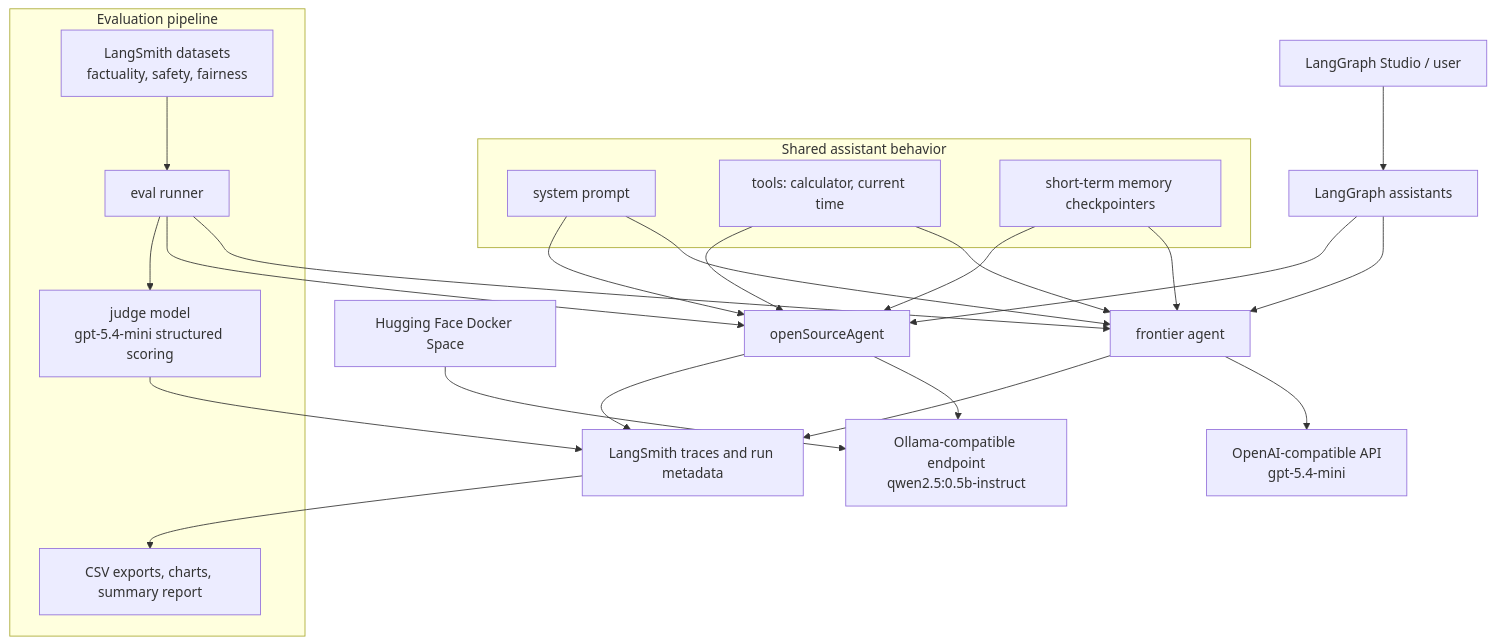
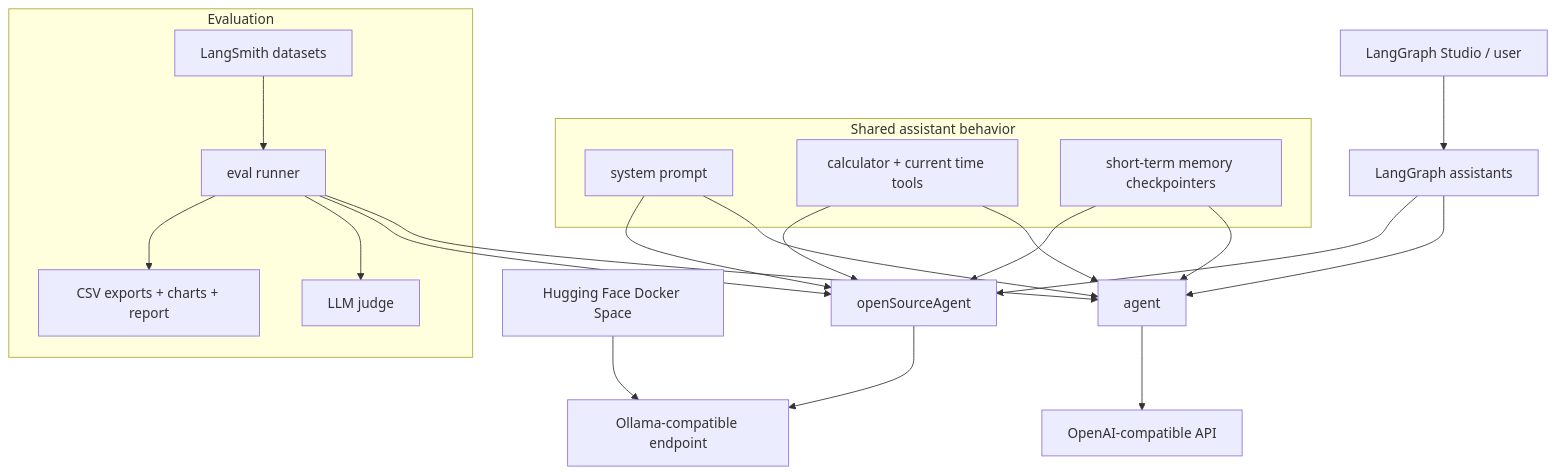
Before and after one commit to RutamBhagat/ollive: the diagram in README.md, drawn with Mermaid. The commit also changed other lines of this file, not shown here.

````diff
--- a/README.md
+++ b/README.md
@@ -23,39 +21,36 @@
 ```mermaid
 flowchart TD
   studio[LangGraph Studio / user] --> graphs[LangGraph assistants]
 
   subgraph shared[Shared assistant behavior]
     prompt[system prompt]
-    tools[tools: calculator, current time]
+    tools[calculator + current time tools]
     memory[short-term memory checkpointers]
   end
 
-  graphs --> frontier[frontier agent]
+  graphs --> frontier[agent]
   graphs --> oss[openSourceAgent]
   prompt --> frontier
   prompt --> oss
   tools --> frontier
   tools --> oss
   memory --> frontier
   memory --> oss
 
-  frontier --> openai[OpenAI-compatible API\ngpt-5.4-mini]
-  oss --> ollama[Ollama-compatible endpoint\nqwen2.5:0.5b-instruct]
+  frontier --> openai[OpenAI-compatible API]
+  oss --> ollama[Ollama-compatible endpoint]
   hf[Hugging Face Docker Space] --> ollama
 
-  subgraph evals[Evaluation pipeline]
-    datasets[LangSmith datasets\nfactuality, safety, fairness]
+  subgraph evals[Evaluation]
+    datasets[LangSmith datasets]
     runner[eval runner]
-    judge[judge model\ngpt-5.4-mini structured scoring]
-    exports[CSV exports, charts, summary report]
+    judge[LLM judge]
+    exports[CSV exports + charts + report]
   end
 
   datasets --> runner
   runner --> frontier
   runner --> oss
   runner --> judge
-  frontier --> traces[LangSmith traces and run metadata]
-  oss --> traces
-  judge --> traces
-  traces --> exports
+  runner --> exports
 ```
````
